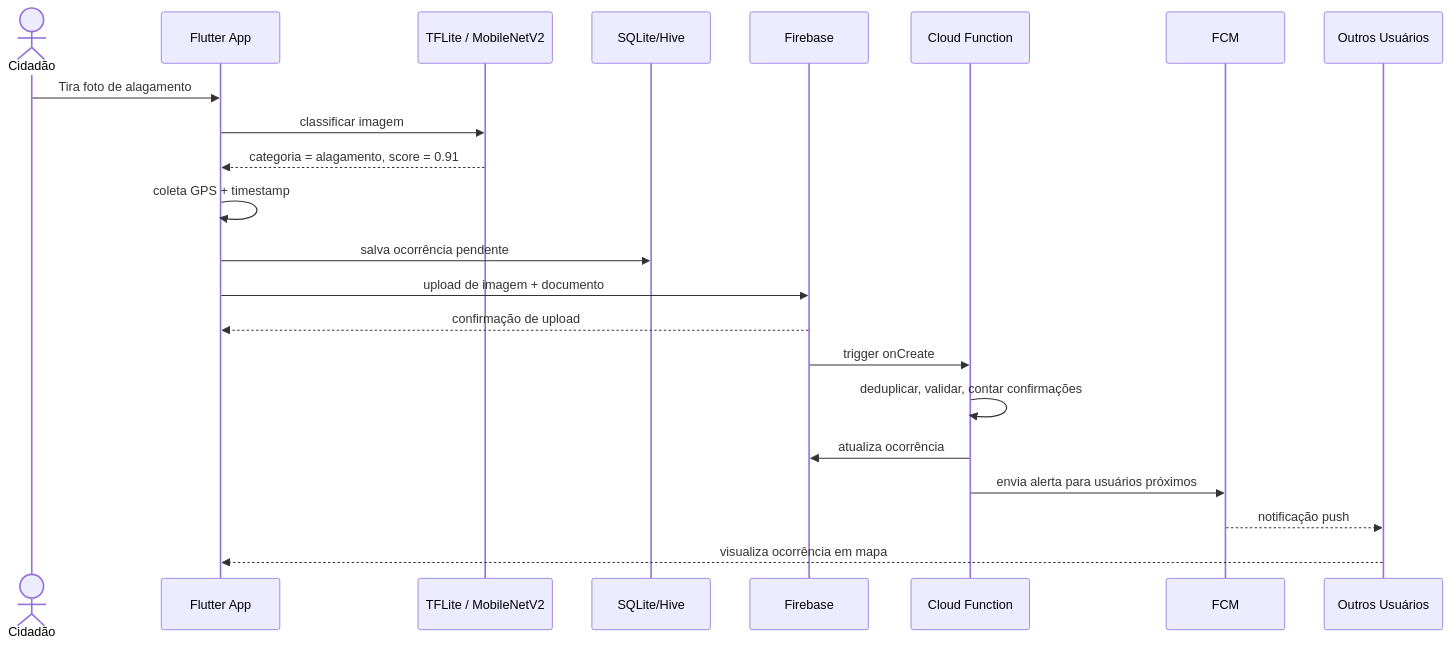
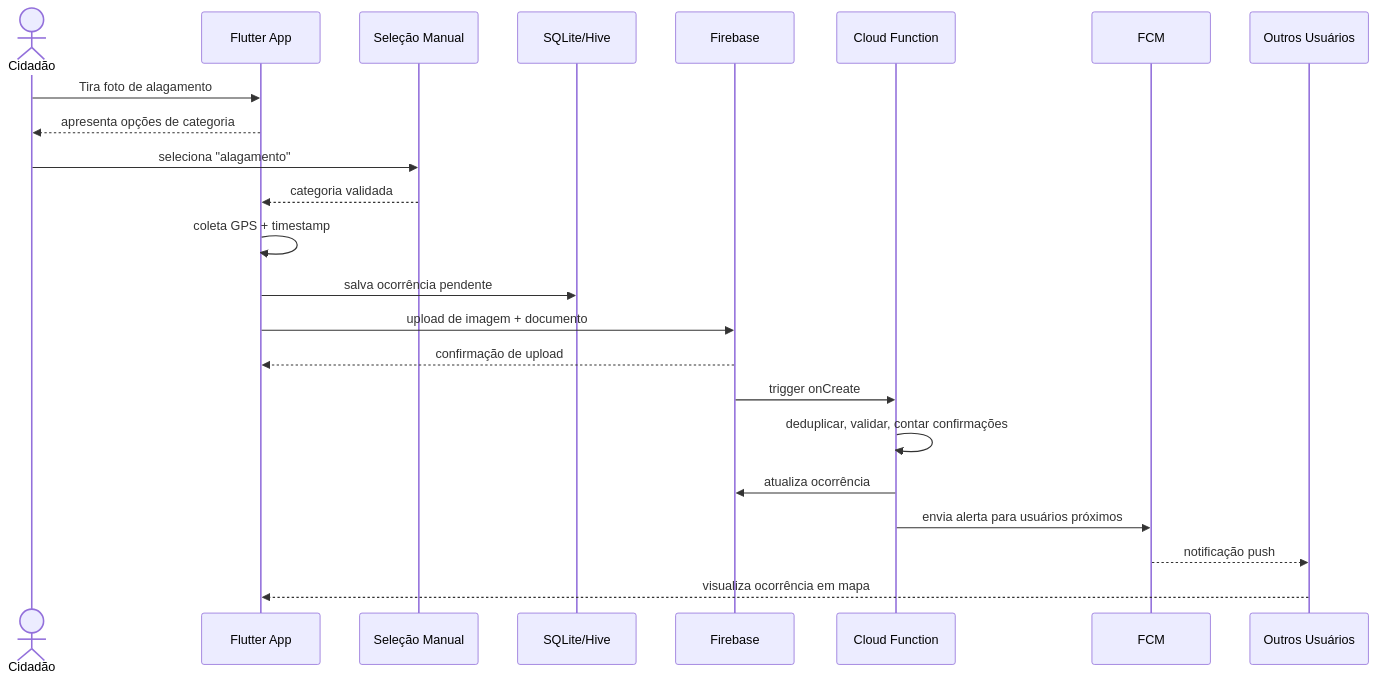
Before and after one commit to TonnyThe2nd/ambiental-app: the eighth of 8 diagrams in documentation/Documento-de-Arquitetura-de-Software-UrbanEye.md, drawn with Mermaid. The commit also changed other lines of this file and 146 other files, not shown here.

````diff
--- a/documentation/Documento-de-Arquitetura-de-Software-UrbanEye.md
+++ b/documentation/Documento-de-Arquitetura-de-Software-UrbanEye.md
@@ -722,25 +707,26 @@
 ```mermaid
 sequenceDiagram
     actor Cidadao as Cidadão
     participant App as Flutter App
-    participant TFL as TFLite / MobileNetV2
+    participant Cat as Seleção Manual
     participant Local as SQLite/Hive
     participant Cloud as Firebase
     participant CF as Cloud Function
     participant FCM as FCM
     participant Outro as Outros Usuários
 
     Cidadao->>App: Tira foto de alagamento
-    App->>TFL: classificar imagem
-    TFL-->>App: categoria = alagamento, score = 0.91
+    App-->>Cidadao: apresenta opções de categoria
+    Cidadao->>Cat: seleciona "alagamento"
+    Cat-->>App: categoria validada
     App->>App: coleta GPS + timestamp
     App->>Local: salva ocorrência pendente
     App->>Cloud: upload de imagem + documento
     Cloud-->>App: confirmação de upload
     Cloud->>CF: trigger onCreate
     CF->>CF: deduplicar, validar, contar confirmações
     CF->>Cloud: atualiza ocorrência
     CF->>FCM: envia alerta para usuários próximos
     FCM-->>Outro: notificação push
     Outro-->>App: visualiza ocorrência em mapa
 ```
````
